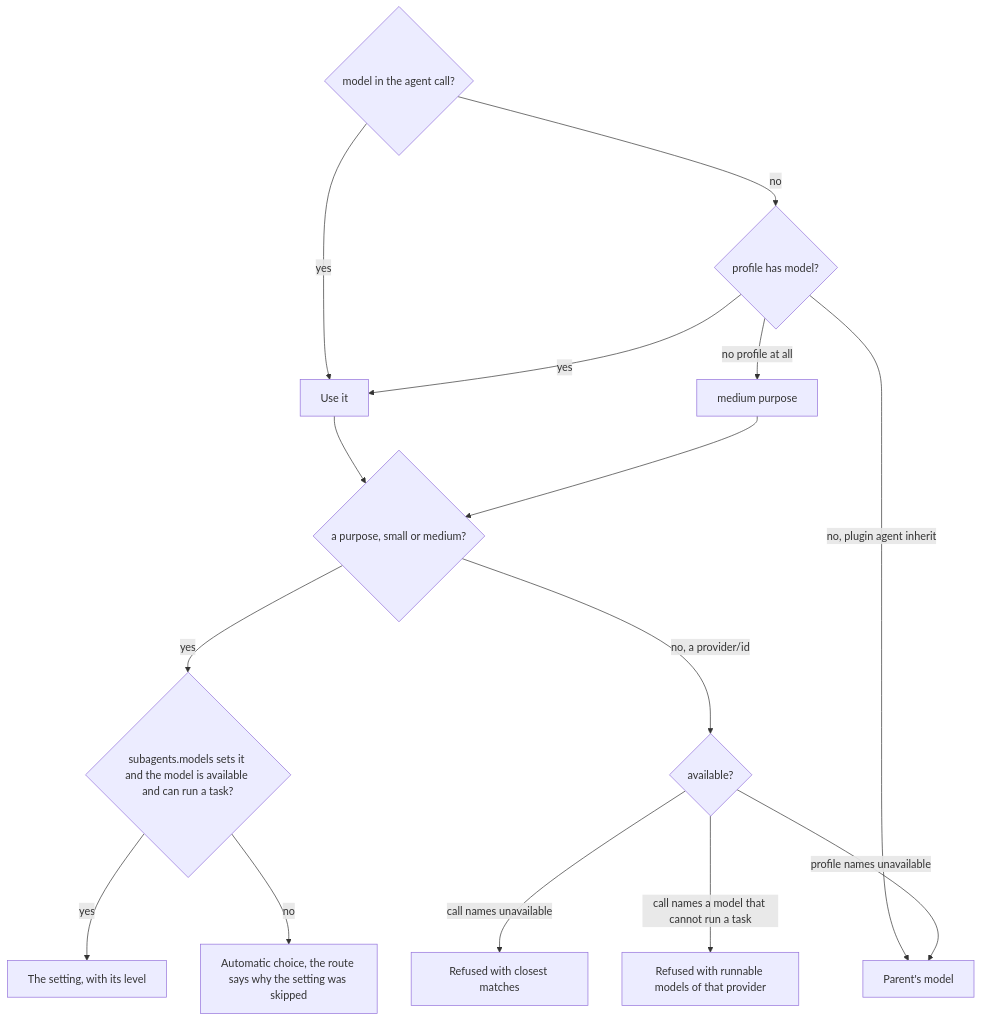
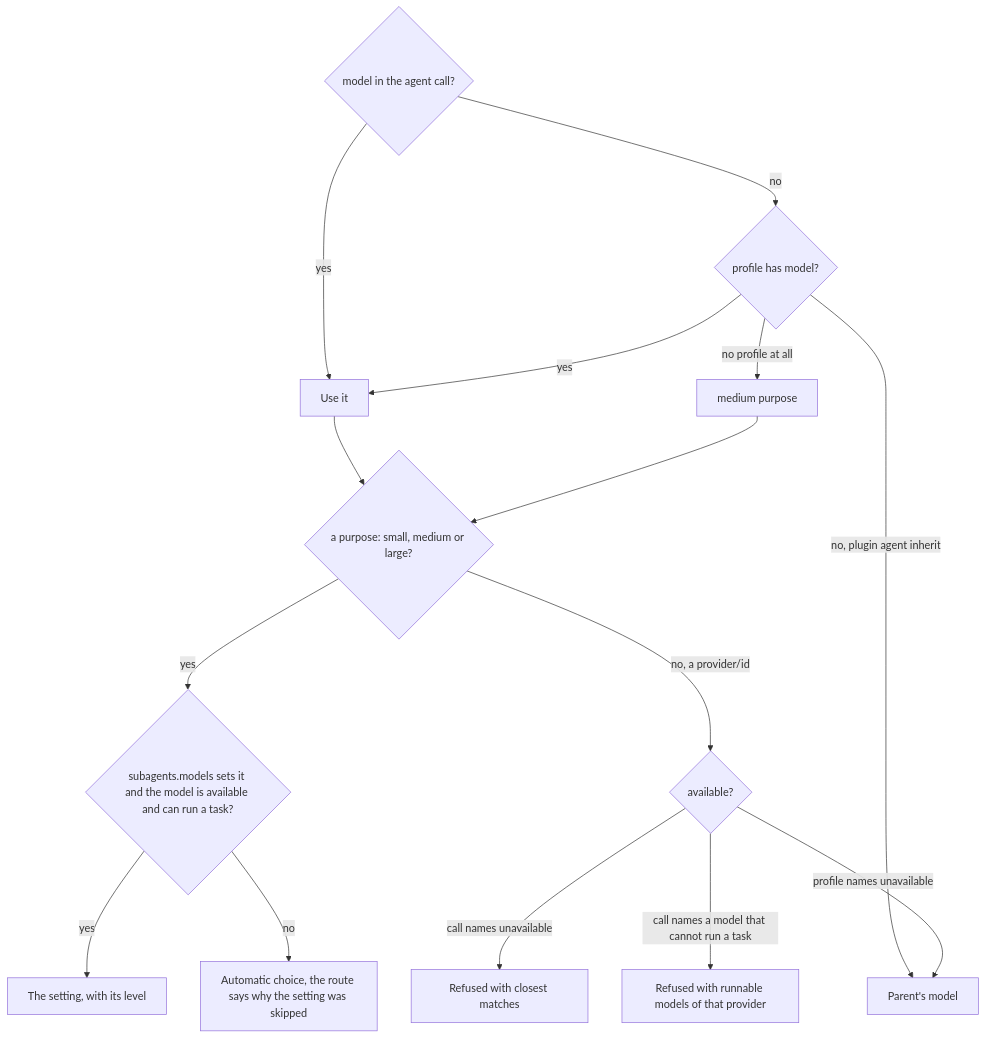
One commit to bgauryy/octocode-coding-agent changed the tenth of 22 diagrams in packages/coding-agent/docs/native-features.md. Above: the diagram before and after it, drawn with Mermaid. The commit also changed other lines of this file and 1026 other files, not shown here.

````diff
--- a/packages/coding-agent/docs/native-features.md
+++ b/packages/coding-agent/docs/native-features.md
@@ -535,17 +583,17 @@
 ```mermaid
 flowchart TD
   A{model in the agent call?} -->|yes| R[Use it]
   A -->|no| B{profile has model?}
   B -->|yes| R
   B -->|no, plugin agent inherit| P[Parent's model]
   B -->|no profile at all| M[medium purpose]
-  R --> Q{a purpose, small or medium?}
+  R --> Q{a purpose: small, medium or large?}
   M --> Q
   Q -->|yes| S{subagents.models sets it and the model is available and can run a task?}
   S -->|yes| T[The setting, with its level]
   S -->|no| W[Automatic choice, the route says why the setting was skipped]
   Q -->|no, a provider/id| U{available?}
   U -->|call names unavailable| X[Refused with closest matches]
   U -->|call names a model that cannot run a task| Y[Refused with runnable models of that provider]
   U -->|profile names unavailable| P
 ```
````
